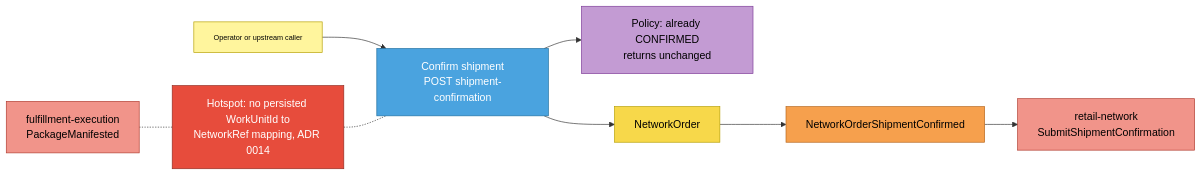
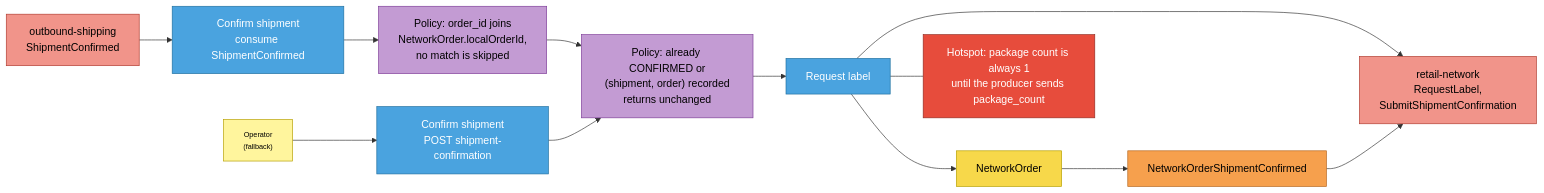
The fourth of 5 diagrams in docs/docs/ddd/eventstorming.md (IQVO/network-fulfillment), drawn with Mermaid before and after one commit. The commit also changed other lines of this file and 16 other files, not shown here.

First line of the commit message:
docs(network-fulfillment): reconcile docs with the code (EventStorming drift audit)

````diff
--- a/docs/docs/ddd/eventstorming.md
+++ b/docs/docs/ddd/eventstorming.md
@@ -174,27 +174,34 @@
 ```mermaid
 flowchart LR
-    OP["Operator or upstream caller"]:::actor
+    OS["outbound-shipping<br/>ShipmentConfirmed"]:::external
+    OP["Operator<br/>(fallback)"]:::actor
+    C0["Confirm shipment<br/>consume ShipmentConfirmed"]:::command
     C1["Confirm shipment<br/>POST shipment-confirmation"]:::command
-    POL1["Policy: already CONFIRMED<br/>returns unchanged"]:::policy
+    POL0["Policy: order_id joins<br/>NetworkOrder.localOrderId,<br/>no match is skipped"]:::policy
+    POL1["Policy: already CONFIRMED or<br/>(shipment, order) recorded<br/>returns unchanged"]:::policy
+    C2["Request label"]:::command
     G1["NetworkOrder"]:::aggregate
     E1["NetworkOrderShipmentConfirmed"]:::event
-    NW["retail-network<br/>SubmitShipmentConfirmation"]:::external
-    FE["fulfillment-execution<br/>PackageManifested"]:::external
-    H1["Hotspot: no persisted WorkUnitId to<br/>NetworkRef mapping, ADR 0014"]:::hotspot
+    NW["retail-network<br/>RequestLabel,<br/>SubmitShipmentConfirmation"]:::external
+    H1["Hotspot: package count is always 1<br/>until the producer sends package_count"]:::hotspot
 
+    OS --> C0
+    C0 --> POL0
+    POL0 --> POL1
     OP --> C1
     C1 --> POL1
-    C1 --> G1
+    POL1 --> C2
+    C2 --> NW
+    C2 --> G1
     G1 --> E1
     E1 --> NW
-    FE -.- H1
-    H1 -.- C1
+    C2 --- H1
 
     classDef actor fill:#fff59d,stroke:#b59f00,color:#000,font-size:11px
     classDef command fill:#4aa3df,stroke:#1f6f9f,color:#fff
     classDef aggregate fill:#f7d84a,stroke:#b59f00,color:#000
     classDef event fill:#f6a04d,stroke:#b5651d,color:#000
     classDef policy fill:#c39bd3,stroke:#7d3c98,color:#000
     classDef external fill:#f1948a,stroke:#b03a2e,color:#000
     classDef hotspot fill:#e74c3c,stroke:#922b21,color:#fff
 ```
````
